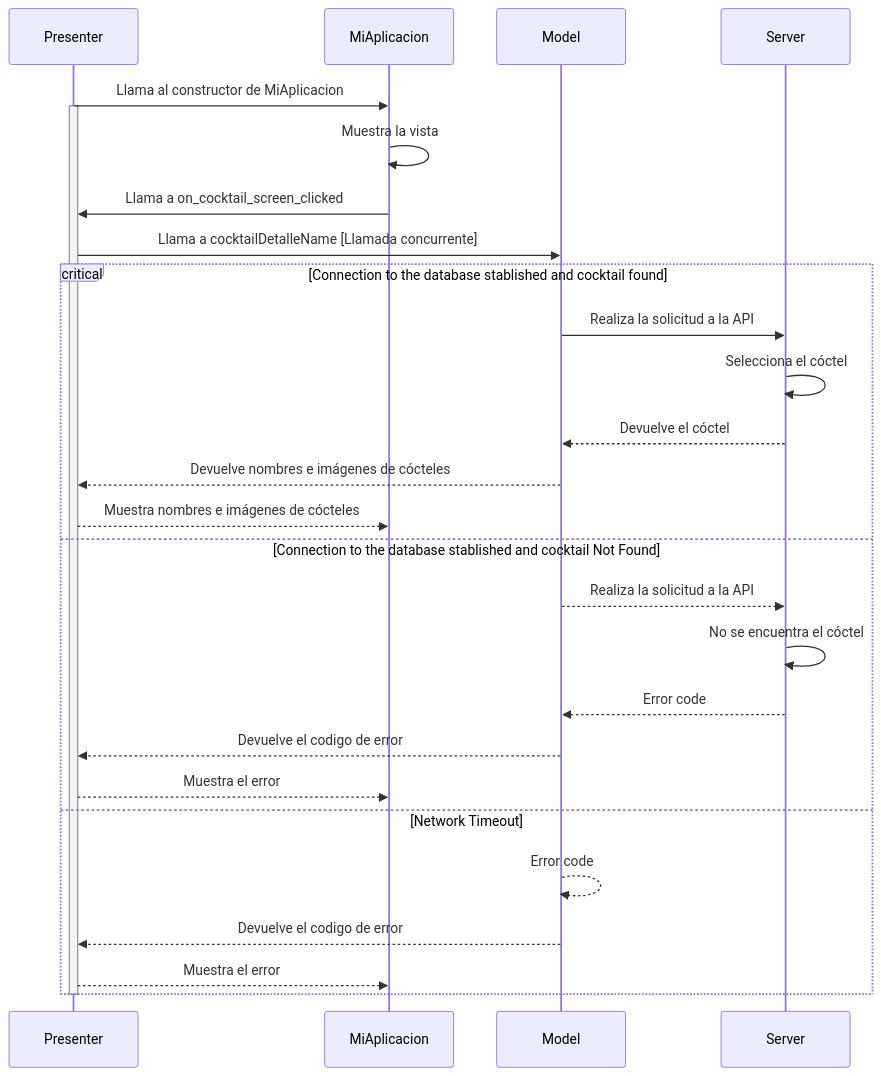
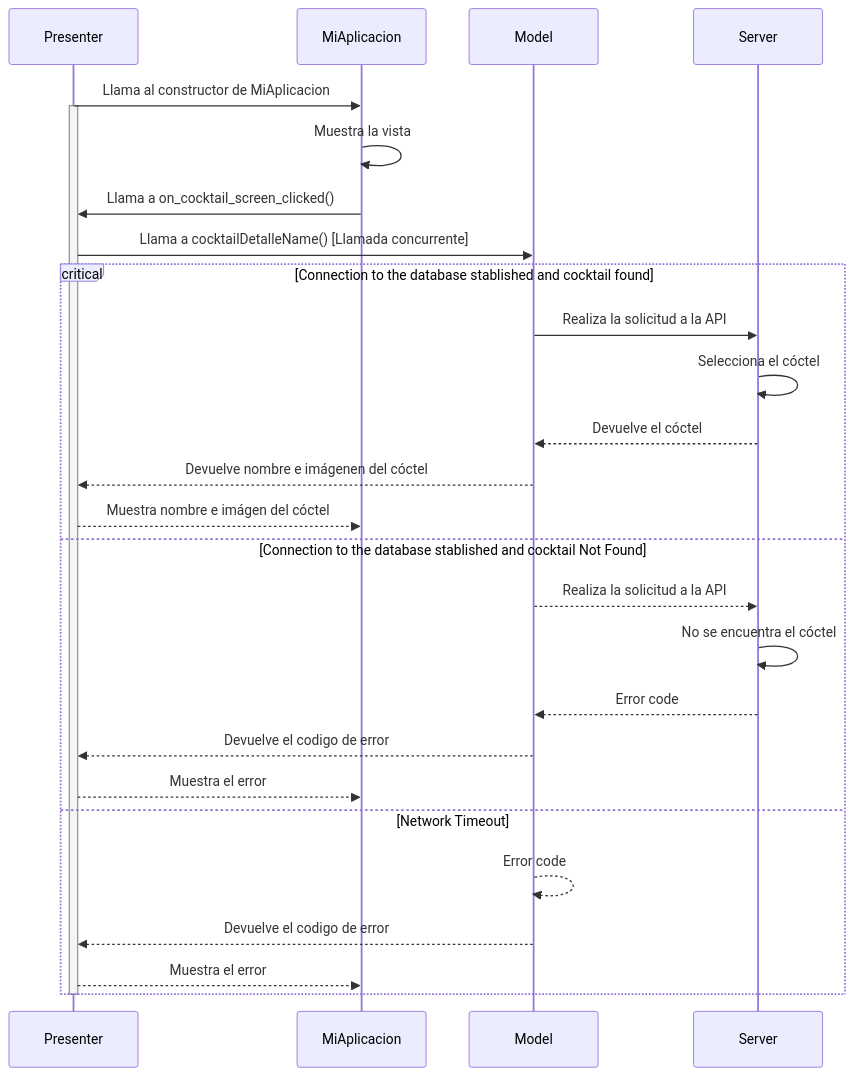
The first of 4 diagrams in diseño.md (braisf03/IPM), drawn with Mermaid before and after one commit. The commit also changed other lines of this file, not shown here.

````diff
--- a/diseño.md
+++ b/diseño.md
@@ -1,38 +2,38 @@
 ```mermaid
 sequenceDiagram
 
 #--------------Definiciones de actores--------------#
     participant Presenter as Presenter
     participant MiAplicacion as MiAplicacion
     participant Model as Model
     participant Server as Server
 
 #--------------Inicio de la aplicación--------------#
     Presenter->>MiAplicacion: Llama al constructor de MiAplicacion
     activate Presenter
     MiAplicacion->>MiAplicacion: Muestra la vista
-    MiAplicacion->>Presenter: Llama a on_cocktail_screen_clicked
-    Presenter->>Model: Llama a cocktailDetalleName [Llamada concurrente]
+    MiAplicacion->>Presenter: Llama a on_cocktail_screen_clicked()
+    Presenter->>Model: Llama a cocktailDetalleName() [Llamada concurrente]
 
 #-------------Accesos a la base de datos------------#        
     critical Connection to the database stablished and cocktail found
         Model->>Server: Realiza la solicitud a la API
         Server->>Server: Selecciona el cóctel
         Server-->>Model: Devuelve el cóctel
-        Model-->>Presenter: Devuelve nombres e imágenes de cócteles
-        Presenter-->>MiAplicacion: Muestra nombres e imágenes de cócteles
+        Model-->>Presenter: Devuelve nombre e imágenen del cóctel
+        Presenter-->>MiAplicacion: Muestra nombre e imágen del cóctel
     option Connection to the database stablished and cocktail Not Found   
             Model-->>Server: Realiza la solicitud a la API
             Server->>Server: No se encuentra el cóctel
             Server-->>Model: Error code
             Model-->>Presenter: Devuelve el codigo de error
             Presenter-->>MiAplicacion: Muestra el error
     option Network Timeout
             Model-->>Model: Error code
             Model-->>Presenter: Devuelve el codigo de error
             Presenter-->>MiAplicacion: Muestra el error
     end
    
     deactivate Presenter
 
 ```         
````
